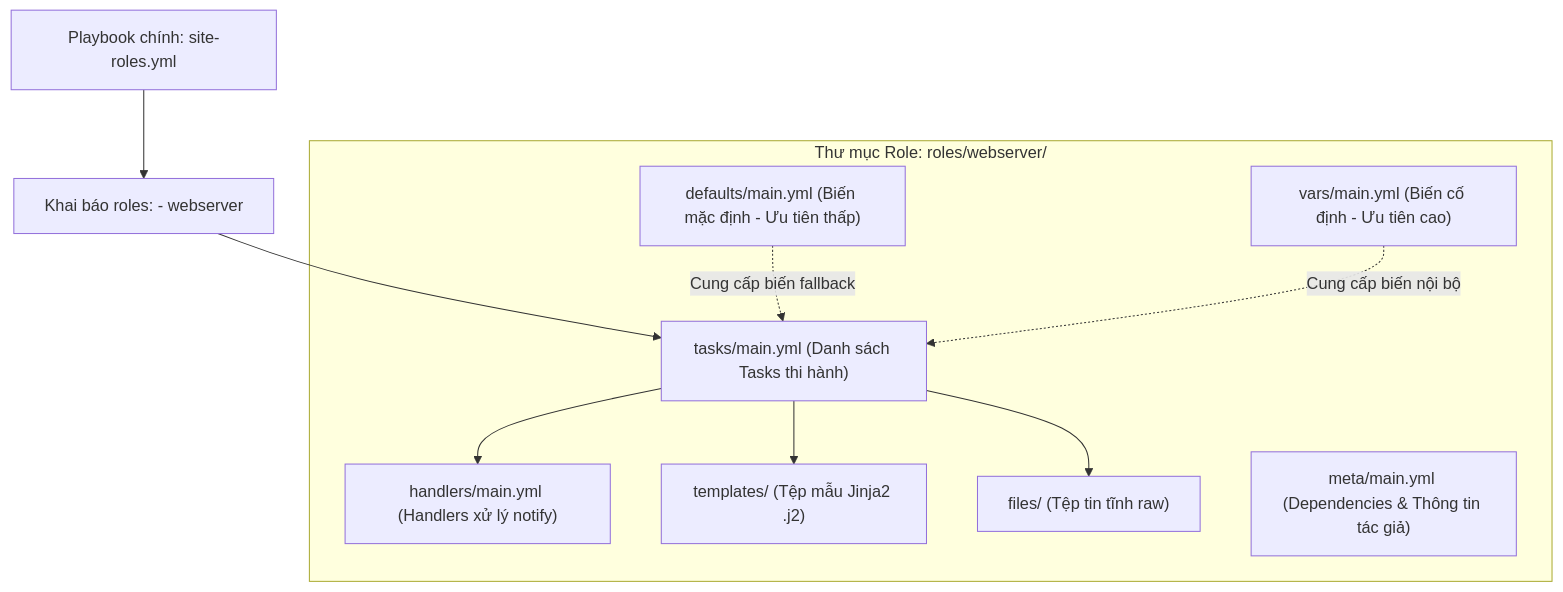
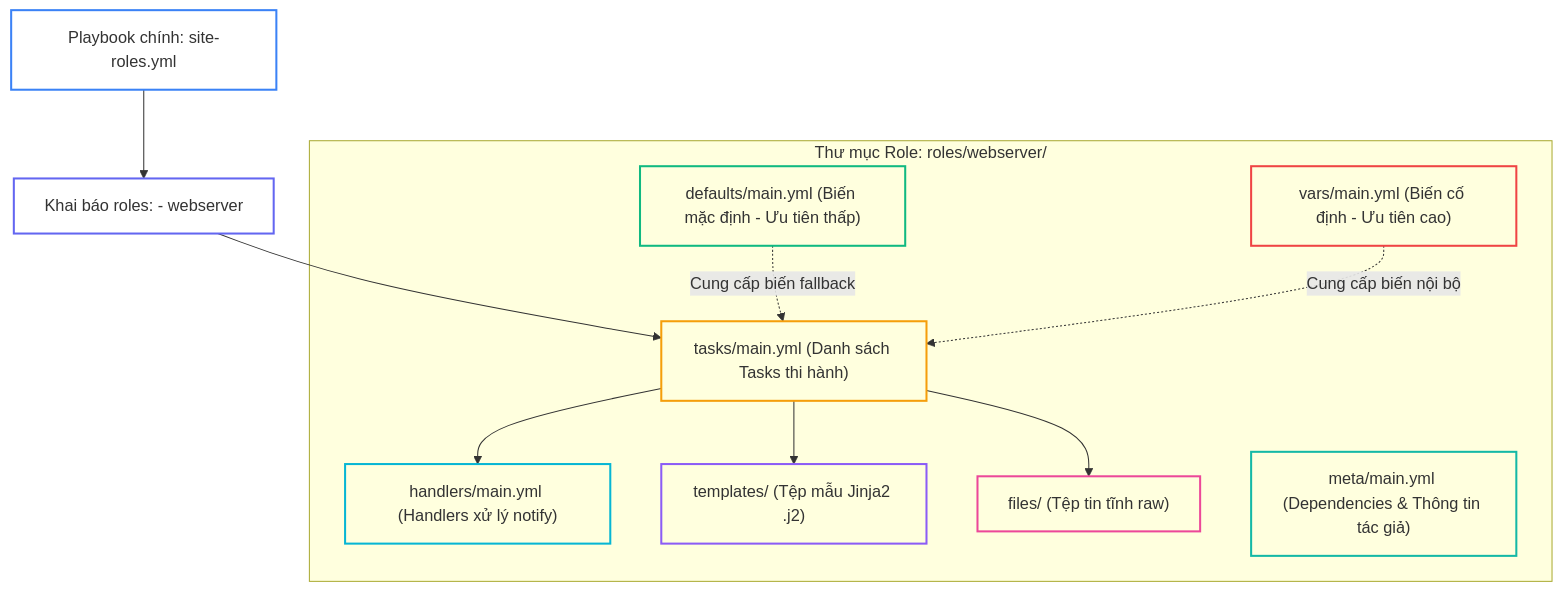
The first of 3 diagrams in _posts/2026-09-13-ansible-14-14-roles-basics.md (kiennt308/ntk), drawn with Mermaid before and after one commit. The commit also changed other lines of this file and 30 other files, not shown here.

````diff
--- a/_posts/2026-09-13-ansible-14-14-roles-basics.md
+++ b/_posts/2026-09-13-ansible-14-14-roles-basics.md
@@ -82,21 +82,31 @@
 ```mermaid
 graph TD
     A["Playbook chính: site-roles.yml"] --> B["Khai báo roles: - webserver"]
     
     subgraph "Thư mục Role: roles/webserver/"
         C["defaults/main.yml (Biến mặc định - Ưu tiên thấp)"]
         D["vars/main.yml (Biến cố định - Ưu tiên cao)"]
         E["tasks/main.yml (Danh sách Tasks thi hành)"]
         F["handlers/main.yml (Handlers xử lý notify)"]
         G["templates/ (Tệp mẫu Jinja2 .j2)"]
         H["files/ (Tệp tin tĩnh raw)"]
         I["meta/main.yml (Dependencies & Thông tin tác giả)"]
     end
     
     B --> E
     E --> F
     E --> G
     E --> H
-    C -. "Cung cấp biến fallback" .-> E
-    D -. "Cung cấp biến nội bộ" .-> E
+    C -.->|"Cung cấp biến fallback"| E
+    D -.->|"Cung cấp biến nội bộ"| E
+
+    style A fill:none,stroke:#3b82f6,stroke-width:2px
+    style B fill:none,stroke:#6366f1,stroke-width:2px
+    style C fill:none,stroke:#10b981,stroke-width:2px
+    style D fill:none,stroke:#ef4444,stroke-width:2px
+    style E fill:none,stroke:#f59e0b,stroke-width:2px
+    style F fill:none,stroke:#06b6d4,stroke-width:2px
+    style G fill:none,stroke:#8b5cf6,stroke-width:2px
+    style H fill:none,stroke:#ec4899,stroke-width:2px
+    style I fill:none,stroke:#14b8a6,stroke-width:2px
 ```
````
